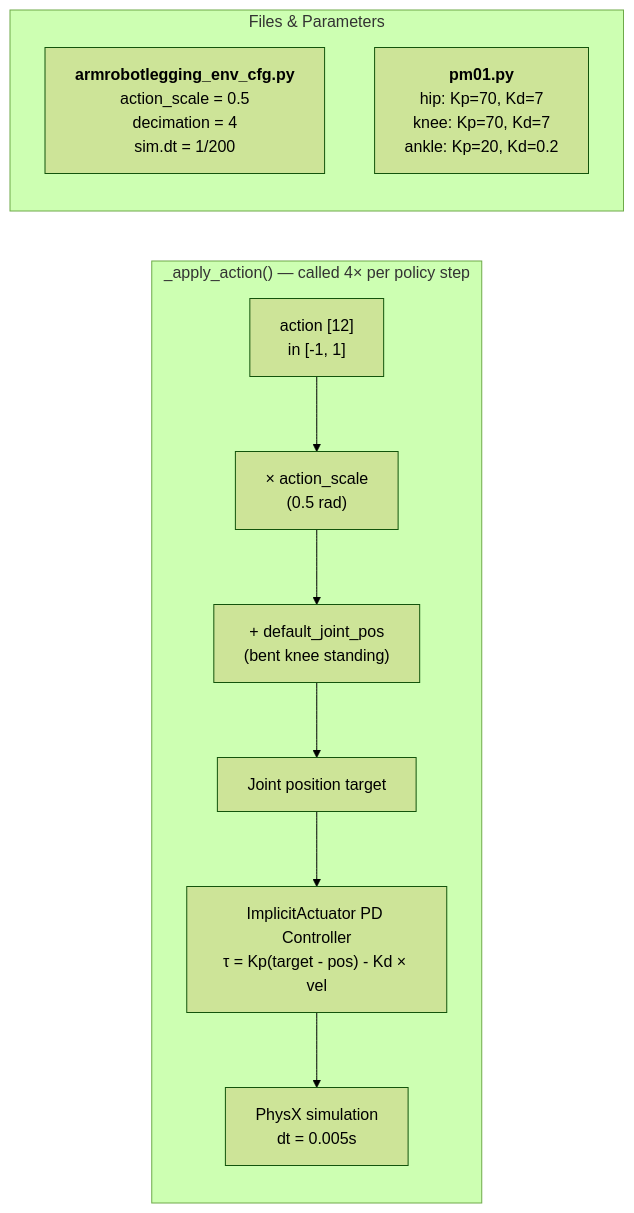
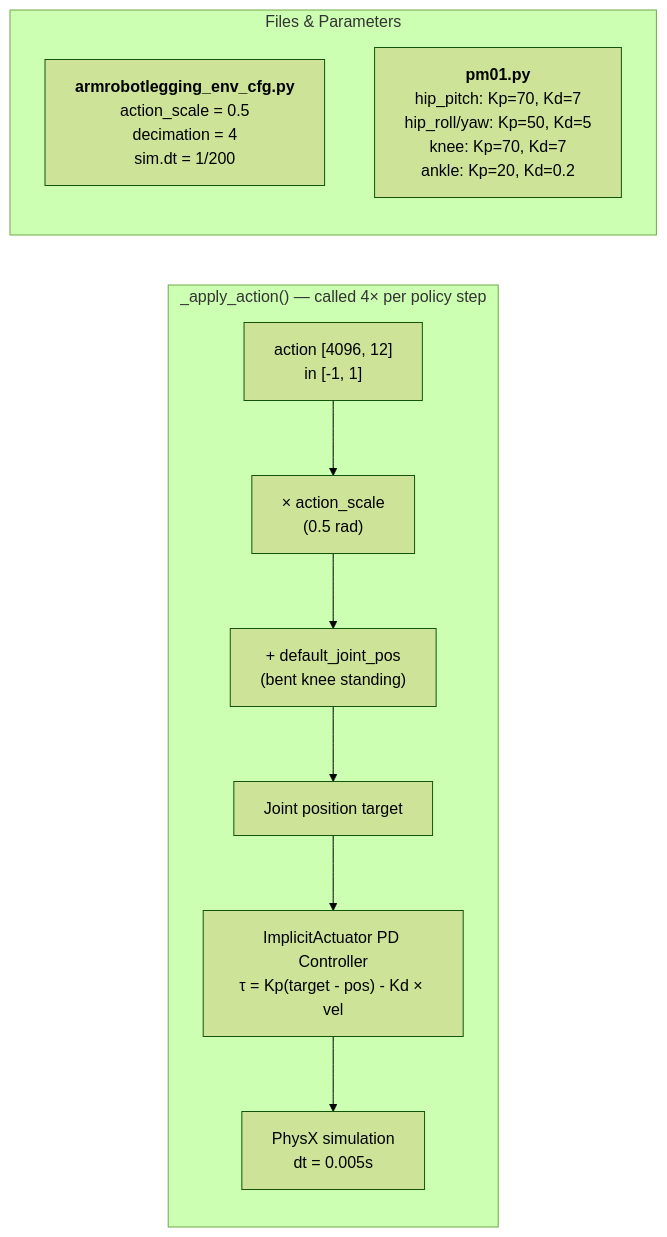
The third of 8 diagrams in docs/TRAINING_FLOW.md (armmarov/armrobot), drawn with Mermaid (forest theme) before and after one commit. The commit also changed other lines of this file and 8 other files, not shown here.

````diff
--- a/docs/TRAINING_FLOW.md
+++ b/docs/TRAINING_FLOW.md
@@ -74,17 +74,17 @@
 ```mermaid
 flowchart LR
     subgraph APPLY["_apply_action() — called 4× per policy step"]
-        ACTION["action [12]<br/>in [-1, 1]"]
+        ACTION["action [4096, 12]<br/>in [-1, 1]"]
         SCALE["× action_scale<br/>(0.5 rad)"]
         DEFAULT["+ default_joint_pos<br/>(bent knee standing)"]
         TARGET["Joint position target"]
         PD["ImplicitActuator PD Controller<br/>τ = Kp(target - pos) - Kd × vel"]
         PHYSICS["PhysX simulation<br/>dt = 0.005s"]
         ACTION --> SCALE --> DEFAULT --> TARGET --> PD --> PHYSICS
     end
 
     subgraph FILES2["Files & Parameters"]
         F2a["<b>armrobotlegging_env_cfg.py</b><br/>action_scale = 0.5<br/>decimation = 4<br/>sim.dt = 1/200"]
-        F2b["<b>pm01.py</b><br/>hip: Kp=70, Kd=7<br/>knee: Kp=70, Kd=7<br/>ankle: Kp=20, Kd=0.2"]
+        F2b["<b>pm01.py</b><br/>hip_pitch: Kp=70, Kd=7<br/>hip_roll/yaw: Kp=50, Kd=5<br/>knee: Kp=70, Kd=7<br/>ankle: Kp=20, Kd=0.2"]
     end
 ```
````
